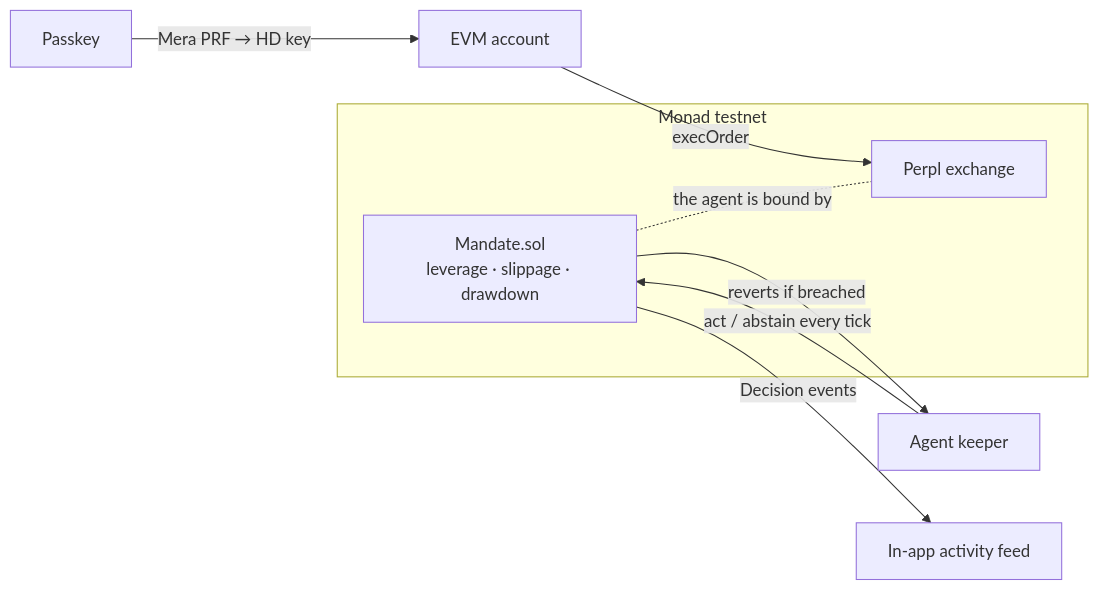
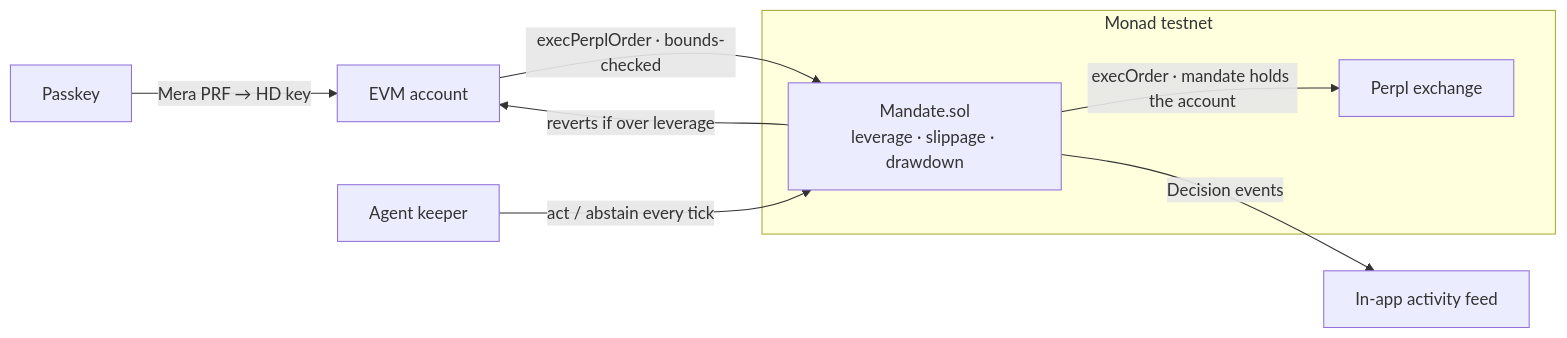
The diagram in README.md (Charter-org/charter), drawn with Mermaid before and after one commit. The commit also changed other lines of this file and 2 other files, not shown here.

Commit message:
docs+test: custody trust model in README; unit-test execPerplOrder leverage cap (19/19)

````diff
--- a/README.md
+++ b/README.md
@@ -44,13 +47,13 @@
 ```mermaid
 flowchart LR
   PK[Passkey] -->|Mera PRF → HD key| W[EVM account]
   subgraph onchain [Monad testnet]
     M["Mandate.sol<br/>leverage · slippage · drawdown"]
     EX[Perpl exchange]
   end
+  W -->|execPerplOrder · bounds-checked| M
   AG[Agent keeper] -->|act / abstain every tick| M
-  M -->|reverts if breached| AG
+  M -->|reverts if over leverage| W
+  M -->|execOrder · mandate holds the account| EX
   M -->|Decision events| FEED[In-app activity feed]
-  W -->|execOrder| EX
-  M -.the agent is bound by.- EX
 ```
````
